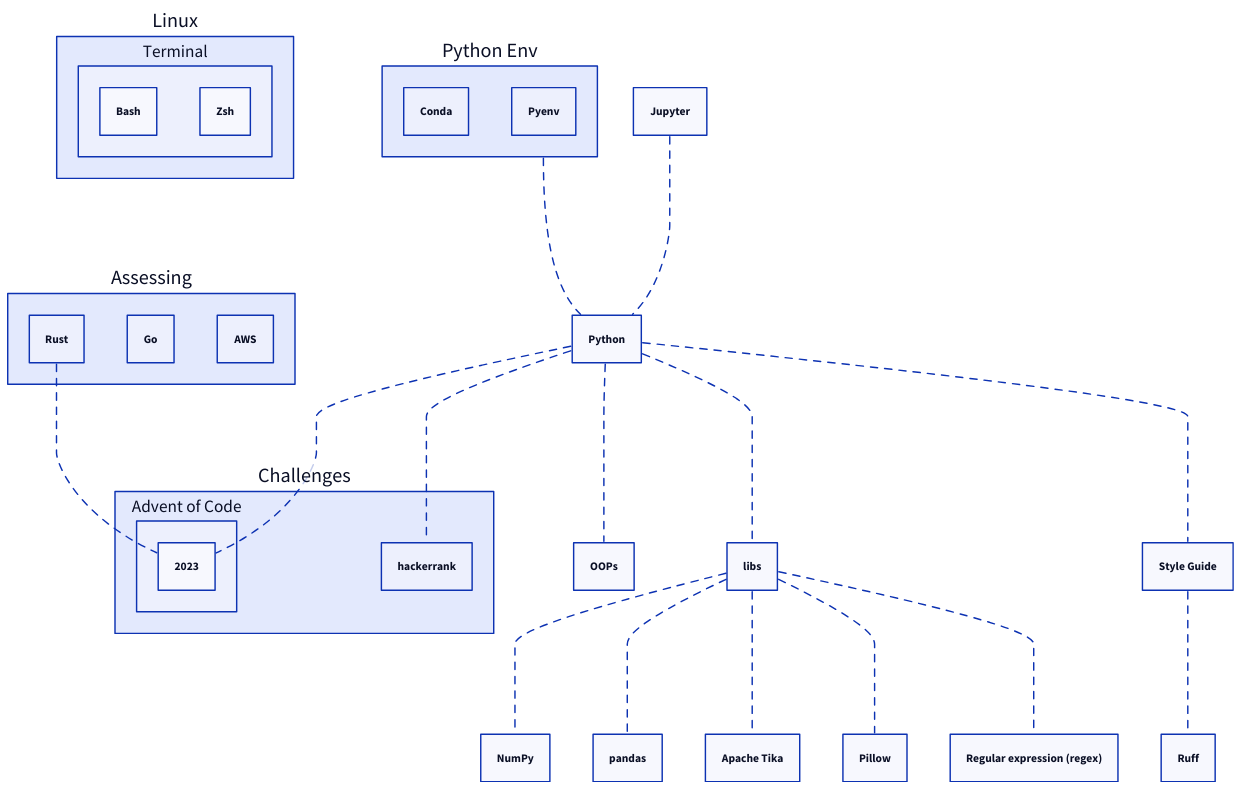
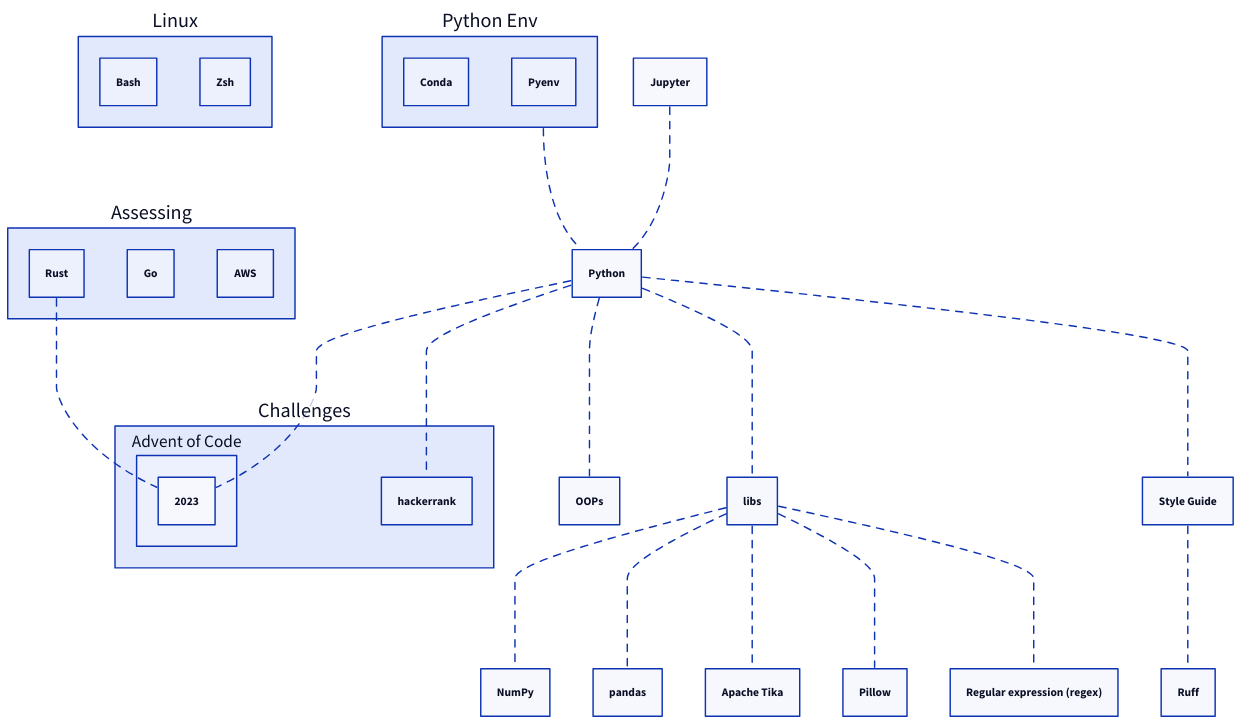
The diagram in sprout.d2 (cchristion/sprout), drawn with D2 before and after one commit.

```diff
--- a/sprout.d2
+++ b/sprout.d2
@@ -1,44 +1,42 @@
 Jupyter -- Python: {style.animated: true}
 
 Python -- libs: {style.animated: true}
 Python -- OOPs: {style.animated: true}
 Python -- Style Guide: {style.animated: true}
 
 libs -- NumPy: {style.animated: true}
 libs -- pandas: {style.animated: true}
 libs -- Apache Tika: {style.animated: true}
 libs -- Pillow: {style.animated: true}
 libs -- "Regular expression (regex)": {style.animated: true}
 
 Style Guide -- Ruff: {style.animated: true}
 
 Assessing: {
   Rust
   Go
   AWS
 }
 
 Challenges: {
   Advent of Code: {
     2023
   }
   hackerrank
 }
 
 Python -- Challenges.Advent of Code.2023: {style.animated: true}
 Assessing.Rust -- Challenges.Advent of Code.2023: {style.animated: true}
 Python -- Challenges.hackerrank: {style.animated: true}
 
 Linux: {
-  Terminal: {
-    Bash
-    Zsh
-  }
+  Bash
+  Zsh
 }
 
 Python Env: {
   Conda
   Pyenv
 }
 
 Python Env -- Python: {style.animated: true}
```
